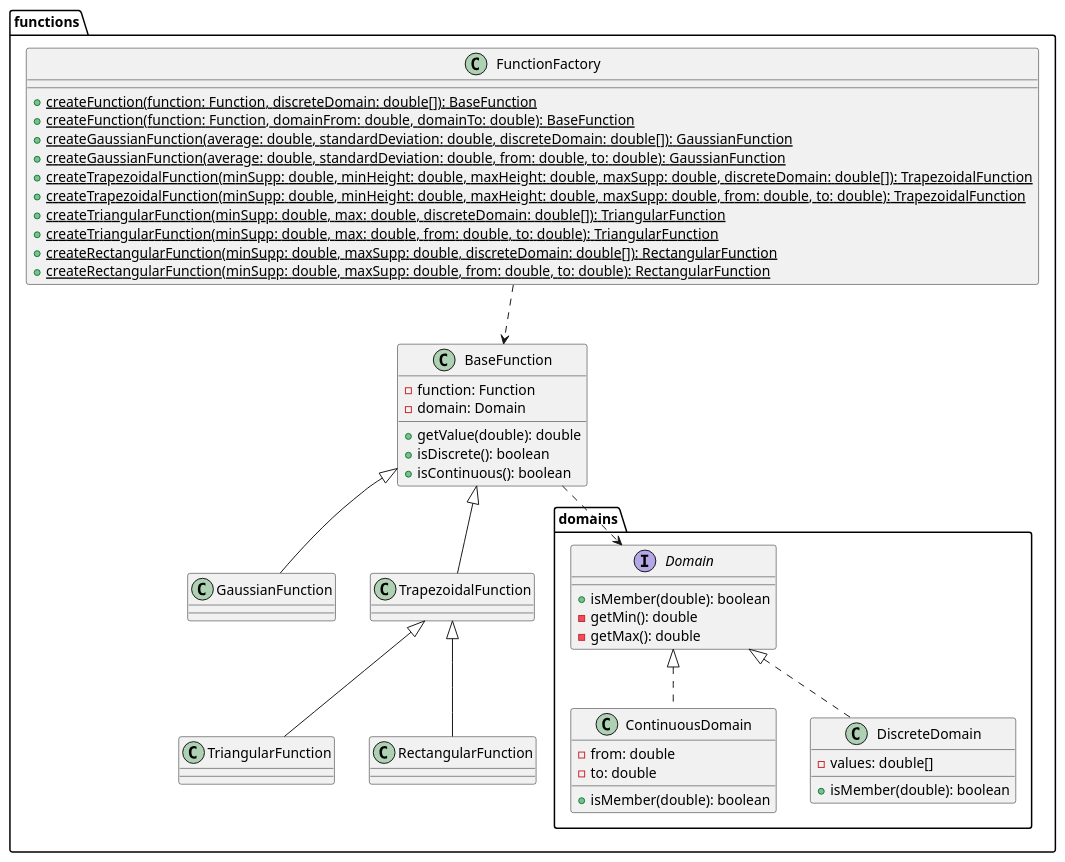
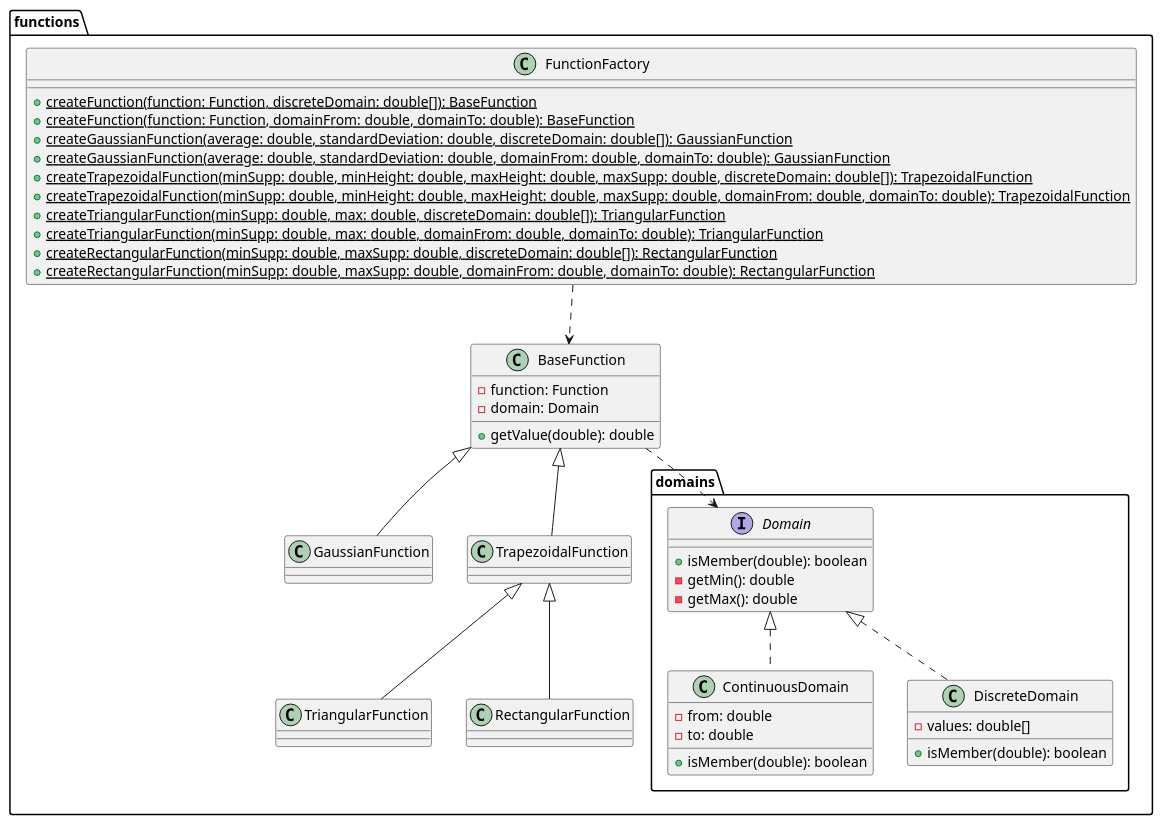
The third of 6 diagrams in task2/README.md (kambed/Computer-Recognition-Systems), drawn with PlantUML before and after one commit. The commit also changed other lines of this file, not shown here.

````diff
--- a/task2/README.md
+++ b/task2/README.md
@@ -74,47 +74,45 @@
 ```plantuml
 package functions {
     package domains {
         interface Domain {
             + isMember(double): boolean
             - getMin(): double
             - getMax(): double
         }
         class ContinuousDomain implements Domain {
             + isMember(double): boolean
             - from: double
             - to: double
         }
         class DiscreteDomain implements Domain {
             + isMember(double): boolean
             - values: double[]
         }
     }
     class BaseFunction {
         - function: Function
         - domain: Domain
         + getValue(double): double
-        + isDiscrete(): boolean
-        + isContinuous(): boolean
     }
     class GaussianFunction extends BaseFunction
     class TrapezoidalFunction extends BaseFunction
     class TriangularFunction extends TrapezoidalFunction
     class RectangularFunction extends TrapezoidalFunction
     
     BaseFunction ..> Domain
     
     class FunctionFactory {
         + {static} createFunction(function: Function, discreteDomain: double[]): BaseFunction
         + {static} createFunction(function: Function, domainFrom: double, domainTo: double): BaseFunction
         + {static} createGaussianFunction(average: double, standardDeviation: double, discreteDomain: double[]): GaussianFunction
-        + {static} createGaussianFunction(average: double, standardDeviation: double, from: double, to: double): GaussianFunction
+        + {static} createGaussianFunction(average: double, standardDeviation: double, domainFrom: double, domainTo: double): GaussianFunction
         + {static} createTrapezoidalFunction(minSupp: double, minHeight: double, maxHeight: double, maxSupp: double, discreteDomain: double[]): TrapezoidalFunction
-        + {static} createTrapezoidalFunction(minSupp: double, minHeight: double, maxHeight: double, maxSupp: double, from: double, to: double): TrapezoidalFunction
+        + {static} createTrapezoidalFunction(minSupp: double, minHeight: double, maxHeight: double, maxSupp: double, domainFrom: double, domainTo: double): TrapezoidalFunction
         + {static} createTriangularFunction(minSupp: double,  max: double, discreteDomain: double[]): TriangularFunction
-        + {static} createTriangularFunction(minSupp: double,  max: double, from: double, to: double): TriangularFunction
+        + {static} createTriangularFunction(minSupp: double,  max: double, domainFrom: double, domainTo: double): TriangularFunction
         + {static} createRectangularFunction(minSupp: double, maxSupp: double, discreteDomain: double[]): RectangularFunction
-        + {static} createRectangularFunction(minSupp: double, maxSupp: double, from: double, to: double): RectangularFunction
+        + {static} createRectangularFunction(minSupp: double, maxSupp: double, domainFrom: double, domainTo: double): RectangularFunction
     }
     FunctionFactory ..> BaseFunction
 }
 ```
````
